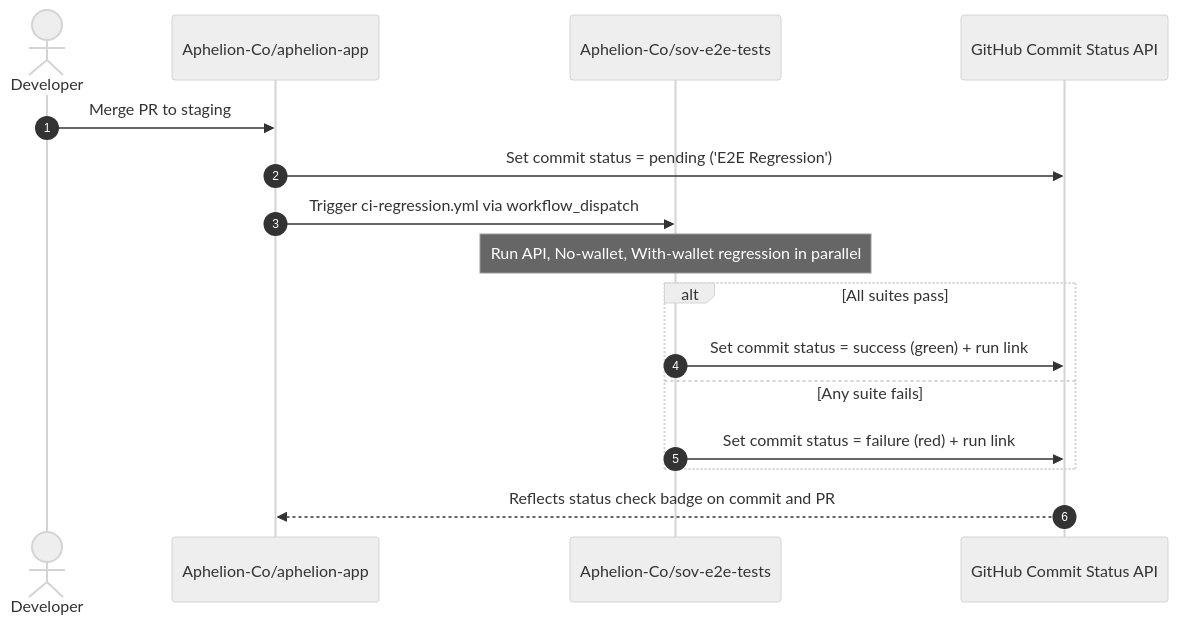
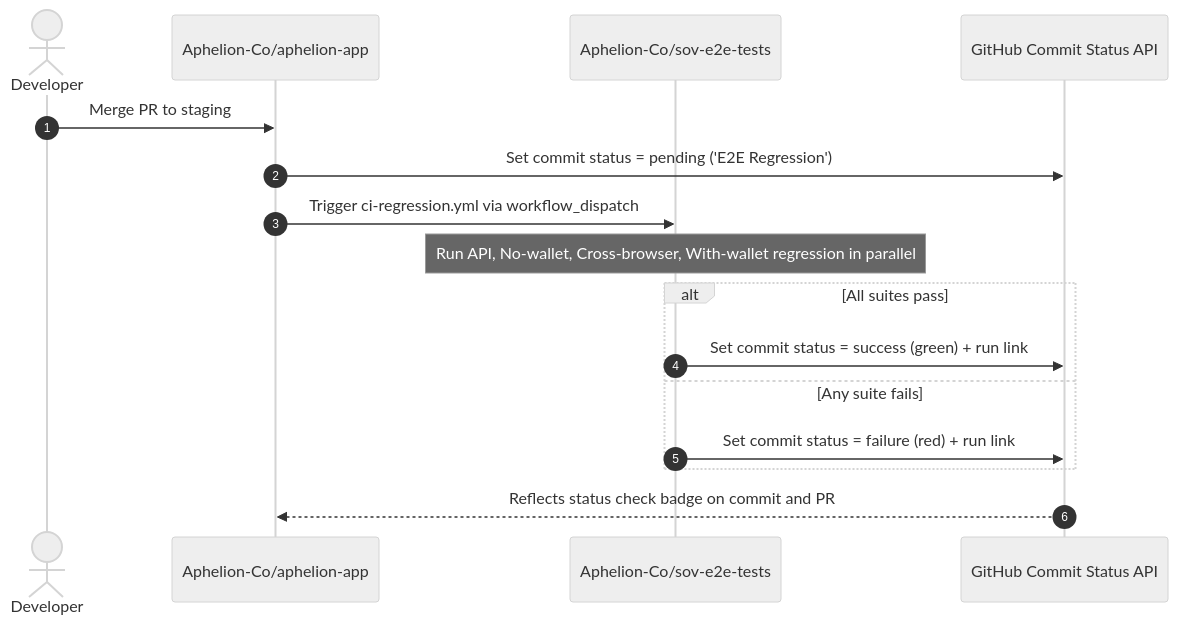
The diagram in docs/ci-cross-repo-strategy.md (zgz2020/supersmooth-e2e-tests), drawn with Mermaid (neutral theme) before and after one commit. The commit also changed other lines of this file and 5 other files, not shown here.

Commit message:
ci: integrate cross-browser matrix into nightly and regression workflows

````diff
--- a/docs/ci-cross-repo-strategy.md
+++ b/docs/ci-cross-repo-strategy.md
@@ -15,19 +15,19 @@
 ```mermaid
 sequenceDiagram
   autonumber
   actor Dev as Developer
   participant App as Aphelion-Co/aphelion-app
   participant E2E as Aphelion-Co/sov-e2e-tests
   participant GH as GitHub Commit Status API
 
   Dev->>App: Merge PR to staging
   App->>GH: Set commit status = pending ('E2E Regression')
   App->>E2E: Trigger ci-regression.yml via workflow_dispatch
-  Note over E2E: Run API, No-wallet, With-wallet regression in parallel
+  Note over E2E: Run API, No-wallet, Cross-browser, With-wallet regression in parallel
   alt All suites pass
     E2E->>GH: Set commit status = success (green) + run link
   else Any suite fails
     E2E->>GH: Set commit status = failure (red) + run link
   end
   GH-->>App: Reflects status check badge on commit and PR
 ```
````
